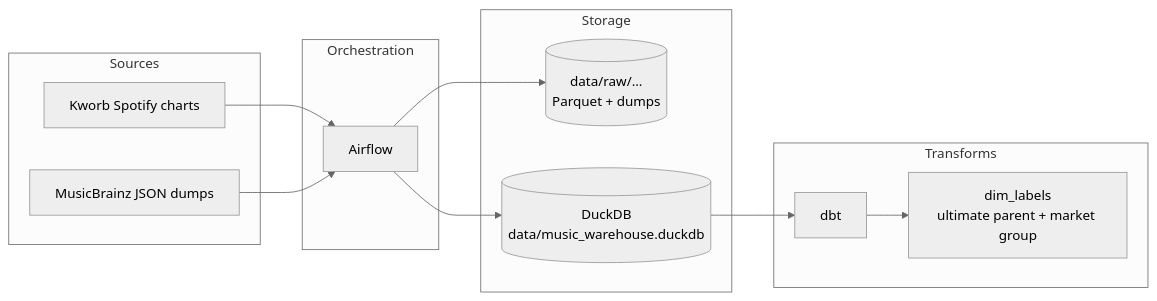
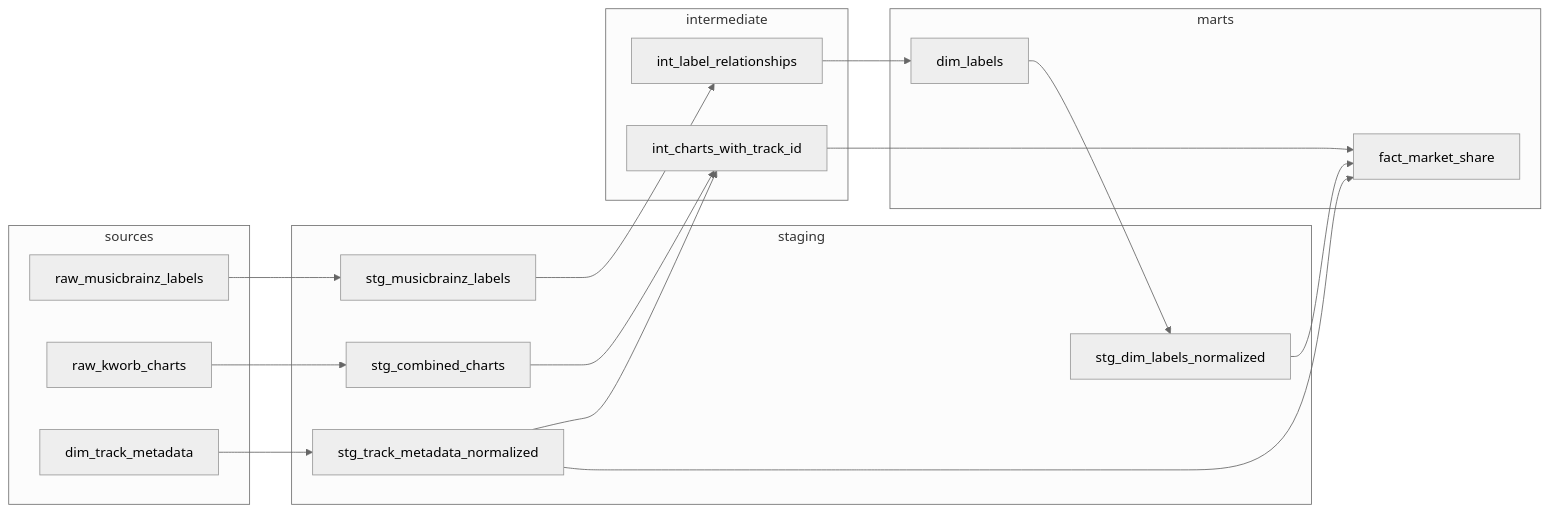
One commit to gustavlan/music-market-share-warehouse changed the third of 3 diagrams in README.md. Above: the diagram before and after it, drawn with Mermaid (neutral theme). The commit also changed other lines of this file, not shown here.

Commit message:
updated readme with market share for runs so far in december as well is updating pipeline based on most recent enhancements

````diff
--- a/README.md
+++ b/README.md
@@ -115,25 +65,32 @@
 ```mermaid
 flowchart LR
-	subgraph Sources
-		KW[Kworb Spotify charts]
-		MB[MusicBrainz JSON dumps]
-	end
-
-	subgraph Orchestration
-		AF[Airflow]
-	end
-
-	subgraph Storage
-		RAW[(data/raw/...\nParquet + dumps)]
-		DB[(DuckDB\ndata/music_warehouse.duckdb)]
-	end
-
-	subgraph Transforms
-		DBT[dbt]
-		DIM[dim_labels\nultimate parent + market group]
-	end
-
-	KW --> AF --> RAW
-	MB --> AF --> DB
-	DB --> DBT --> DIM
+    subgraph sources
+        S1[raw_musicbrainz_labels]
+        S2[raw_kworb_charts]
+        S3[dim_track_metadata]
+    end
+    
+    subgraph staging
+        STG1[stg_musicbrainz_labels]
+        STG2[stg_combined_charts]
+        STG3[stg_track_metadata_normalized]
+        STG4[stg_dim_labels_normalized]
+    end
+    
+    subgraph intermediate
+        INT1[int_label_relationships]
+        INT2[int_charts_with_track_id]
+    end
+    
+    subgraph marts
+        DIM[dim_labels]
+        FACT[fact_market_share]
+    end
+    
+    S1 --> STG1 --> INT1 --> DIM --> STG4
+    S2 --> STG2 --> INT2
+    S3 --> STG3 --> INT2
+    STG3 --> FACT
+    STG4 --> FACT
+    INT2 --> FACT
 ```
````
